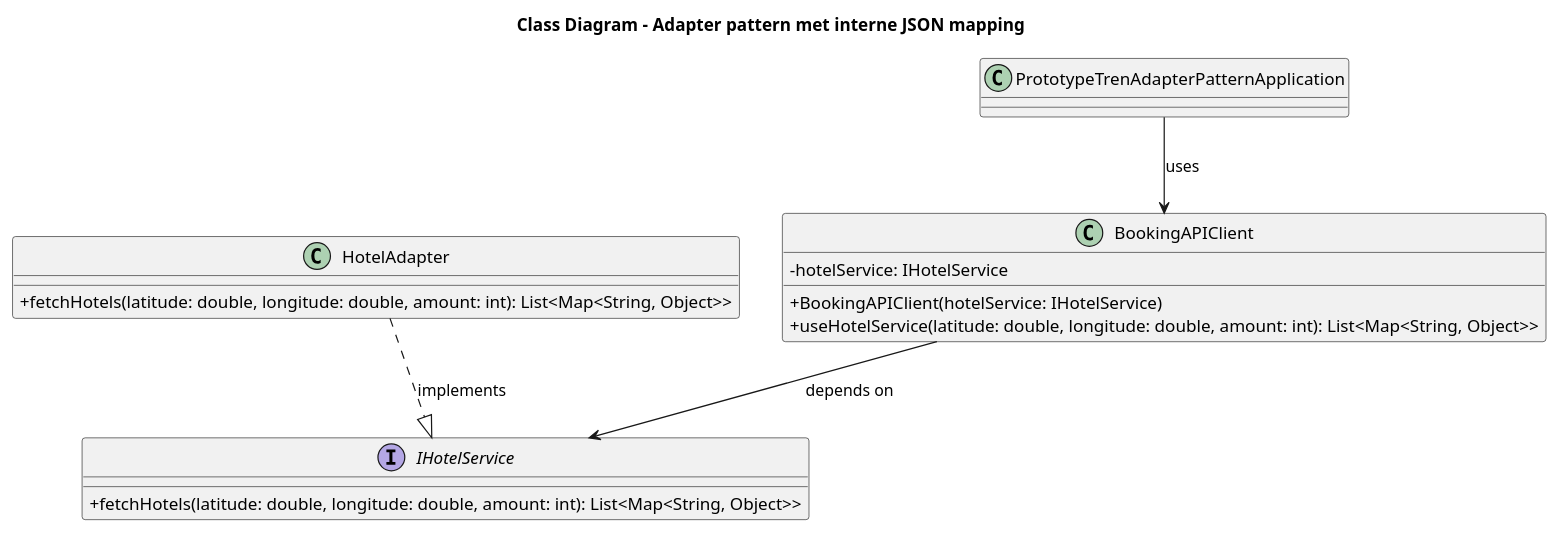
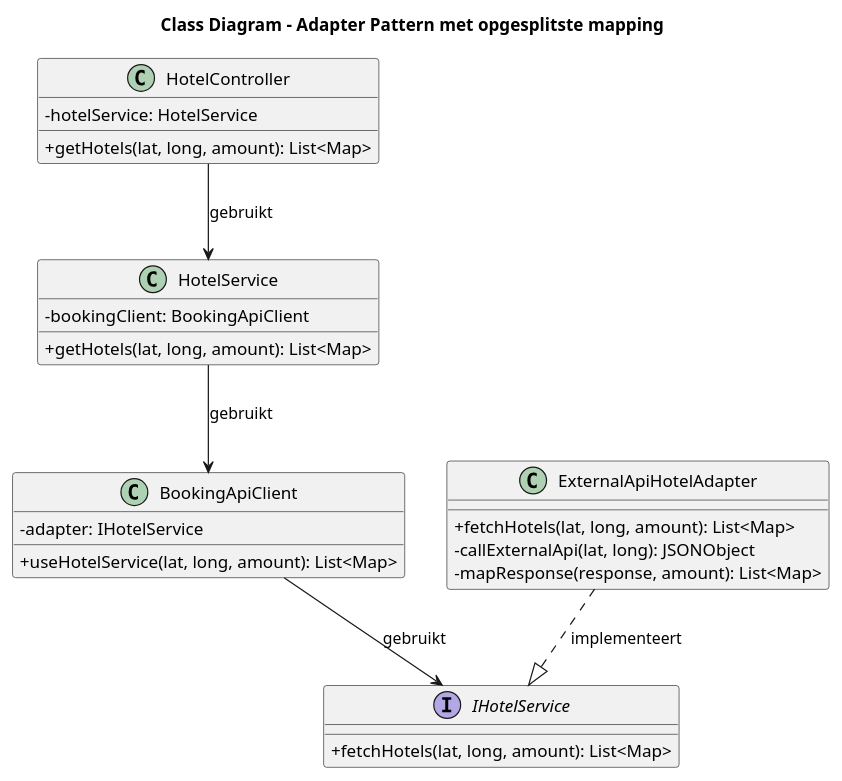
One commit to AIM-ENE-feb25/triptop-groep-3 changed the diagram in opdracht-diagrammen/Ontwerpvraag/C4 OntwerpVraag Tren/C4ClassOntwerpVraagTren.puml. Above: the diagram before and after it, drawn with PlantUML. The commit also changed 6 other files, not shown here.

Commit message:
prototype aangeapst, verbeterd. class en sequence veranderd, sgb h6 update

```diff
--- a/opdracht-diagrammen/Ontwerpvraag/C4 OntwerpVraag Tren/C4ClassOntwerpVraagTren.puml
+++ b/opdracht-diagrammen/Ontwerpvraag/C4 OntwerpVraag Tren/C4ClassOntwerpVraagTren.puml
@@ -1,23 +1,36 @@
 @startuml
 skinparam classAttributeIconSize 0
-title Class Diagram – Adapter pattern met interne JSON mapping
+title Class Diagram – Adapter Pattern met opgesplitste mapping
 
+class HotelController {
+    - hotelService: HotelService
+    +getHotels(lat, long, amount): List<Map>
+}
 
-class BookingAPIClient {
-    -hotelService: IHotelService
-    +BookingAPIClient(hotelService: IHotelService)
-    +useHotelService(latitude: double, longitude: double, amount: int): List<Map<String, Object>>
+class HotelService {
+    - bookingClient: BookingApiClient
+    +getHotels(lat, long, amount): List<Map>
+}
+
+class BookingApiClient {
+    - adapter: IHotelService
+    +useHotelService(lat, long, amount): List<Map>
 }
 
 interface IHotelService {
-    +fetchHotels(latitude: double, longitude: double, amount: int): List<Map<String, Object>>
+    +fetchHotels(lat, long, amount): List<Map>
 }
 
-class HotelAdapter {
-    +fetchHotels(latitude: double, longitude: double, amount: int): List<Map<String, Object>>
+class ExternalApiHotelAdapter {
+    +fetchHotels(lat, long, amount): List<Map>
+    -callExternalApi(lat, long): JSONObject
+    -mapResponse(response, amount): List<Map>
 }
 
-BookingAPIClient --> IHotelService : depends on
-HotelAdapter ..|> IHotelService : implements
-PrototypeTrenAdapterPatternApplication --> BookingAPIClient : uses
+' Relaties
+HotelController --> HotelService : gebruikt
+HotelService --> BookingApiClient : gebruikt
+BookingApiClient --> IHotelService : gebruikt
+ExternalApiHotelAdapter ..|> IHotelService : implementeert
+
 @enduml
```
